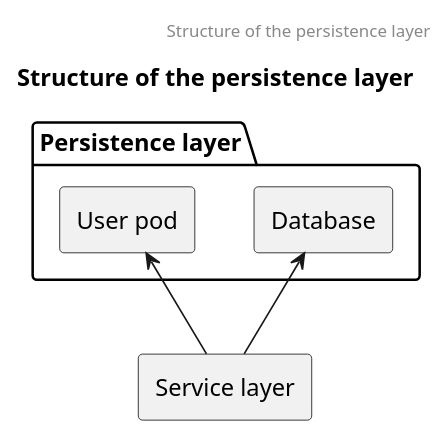
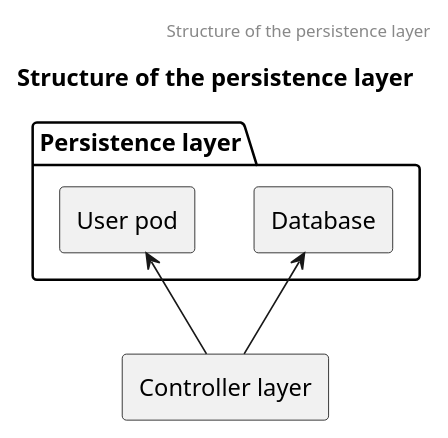
Before and after one commit to Arquisoft/lomap_en2b: the second of 2 diagrams in docs/05_building_block_view.adoc, drawn with PlantUML. The commit also changed other lines of this file and 5 other files, not shown here.

```diff
--- a/docs/05_building_block_view.adoc
+++ b/docs/05_building_block_view.adoc
@@ -106,16 +79,16 @@
 [plantuml,png, id = "PersistenceLayer"]
 ----
 @startuml
 
 header Structure of the persistence layer
 title Structure of the persistence layer
 
 folder "Persistence layer"{
 agent Database
 agent "User pod"
 }
-agent "Service layer"
-Database <-- "Service layer"
-"User pod" <-- "Service layer"
+agent "Controller layer"
+Database <-- "Controller layer"
+"User pod" <-- "Controller layer"
 @enduml
 ----
```
